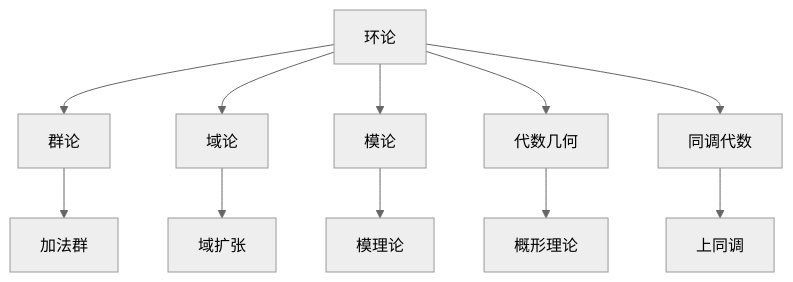
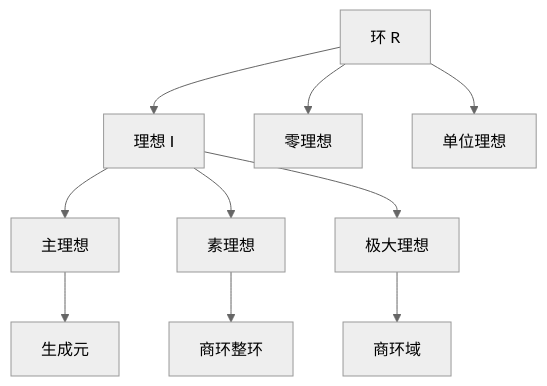
Before and after one commit to AdaMartin18010/FormalMath: the third of 3 diagrams in docs/02-代数结构/02-环论-增强版.md, drawn with Mermaid (neutral theme). The commit also changed other lines of this file and 17 other files, not shown here.

````diff
--- a/docs/02-代数结构/02-环论-增强版.md
+++ b/docs/02-代数结构/02-环论-增强版.md
@@ -610,14 +142,14 @@
 ```mermaid
 graph TD
-    A[环论] --> B[群论]
-    A --> C[域论]
-    A --> D[模论]
-    A --> E[代数几何]
-    A --> F[同调代数]
-
-    B --> G[加法群]
-    C --> H[域扩张]
-    D --> I[模理论]
-    E --> J[概形理论]
-    F --> K[上同调]
+    A[环 R] --> B[理想 I]
+    B --> C[主理想]
+    B --> D[素理想]
+    B --> E[极大理想]
+    
+    C --> F[生成元]
+    D --> G[商环整环]
+    E --> H[商环域]
+    
+    A --> I[零理想]
+    A --> J[单位理想]
 ```
````
